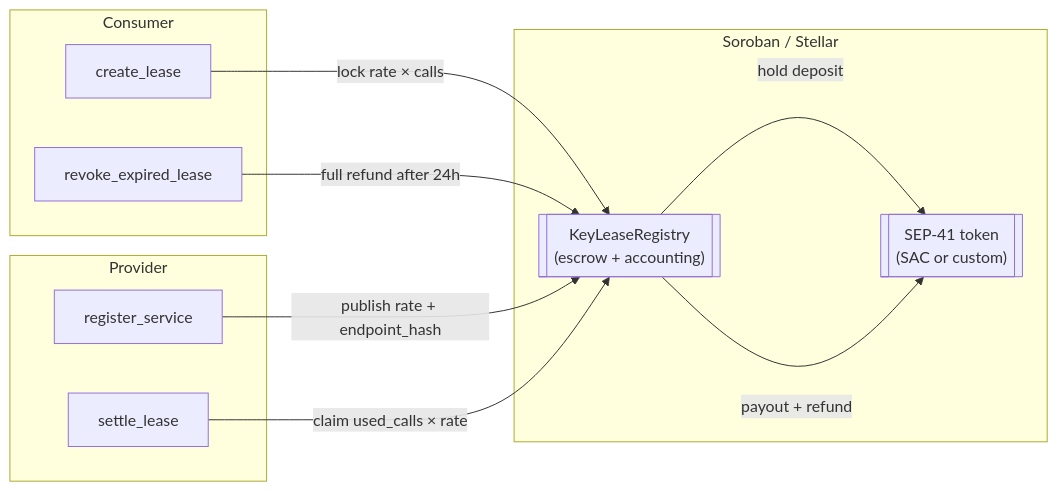
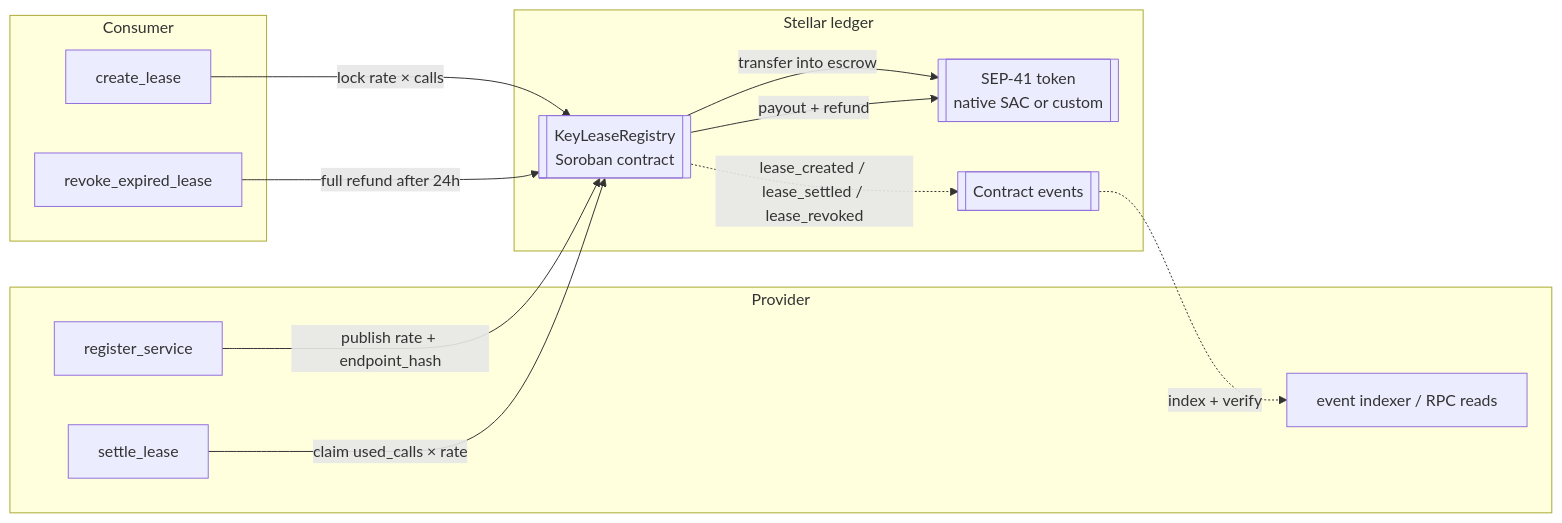
One commit to KeyLease-Security/keylease-core changed the diagram in README.md. Above: the diagram before and after it, drawn with Mermaid. The commit also changed other lines of this file and 40 other files, not shown here.

First line of the commit message:
Rebase KeyLease on Soroban primitives and ship v0.2.1 to Testnet

````diff
--- a/README.md
+++ b/README.md
@@ -33,24 +47,28 @@
 ```mermaid
 flowchart LR
-    subgraph Provider
-        P[register_service]
-        S[settle_lease]
-    end
-
     subgraph Consumer
         C[create_lease]
         R[revoke_expired_lease]
     end
 
-    subgraph Soroban["Soroban / Stellar"]
-        REG[["KeyLeaseRegistry\n(escrow + accounting)"]]
-        TOK[["SEP-41 token\n(SAC or custom)"]]
+    subgraph Provider
+        P[register_service]
+        S[settle_lease]
+        I[event indexer / RPC reads]
+    end
+
+    subgraph Stellar["Stellar ledger"]
+        REG[["KeyLeaseRegistry<br/>Soroban contract"]]
+        TOK[["SEP-41 token<br/>native SAC or custom"]]
+        EV[[Contract events]]
     end
 
     C -- "lock rate × calls" --> REG
-    REG -- "hold deposit" --> TOK
+    REG -- "transfer into escrow" --> TOK
     P -- "publish rate + endpoint_hash" --> REG
     S -- "claim used_calls × rate" --> REG
     REG -- "payout + refund" --> TOK
     R -- "full refund after 24h" --> REG
+    REG -. "lease_created / lease_settled / lease_revoked" .-> EV
+    EV -. "index + verify" .-> I
 ```
````
